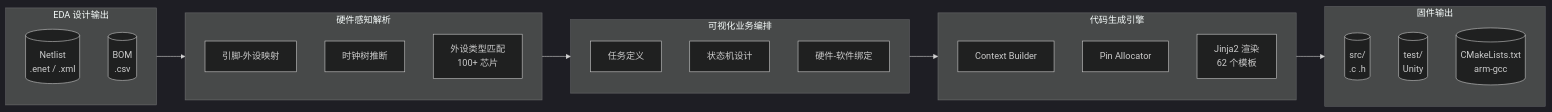
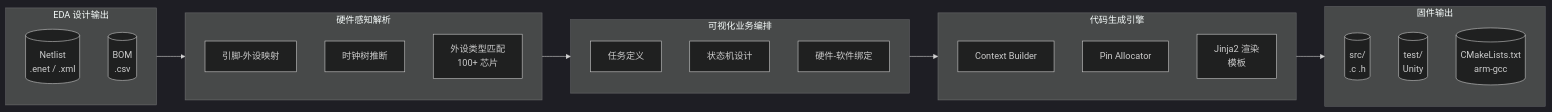
One commit to jinliangliu/Hardware2Code changed the first of 3 diagrams in README.md. Above: the diagram before and after it, drawn with Mermaid (dark theme). The commit also changed other lines of this file and 743 other files, not shown here.

````diff
--- a/README.md
+++ b/README.md
@@ -28,33 +28,33 @@
 ```mermaid
 flowchart LR
     subgraph Input["EDA 设计输出"]
         A1[("Netlist<br>.enet / .xml")]
         A2[("BOM<br>.csv")]
     end
 
     subgraph Parse["硬件感知解析"]
         B1["引脚-外设映射"]
         B2["时钟树推断"]
         B3["外设类型匹配<br>100+ 芯片"]
     end
 
     subgraph Config["可视化业务编排"]
         C1["任务定义"]
         C2["状态机设计"]
         C3["硬件-软件绑定"]
     end
 
     subgraph Engine["代码生成引擎"]
         D1["Context Builder"]
         D2["Pin Allocator"]
-        D3["Jinja2 渲染<br>62 个模板"]
+        D3["Jinja2 渲染<br>模板"]
     end
 
     subgraph Output["固件输出"]
         E1[("src/<br>.c .h")]
         E2[("test/<br>Unity")]
         E3[("CMakeLists.txt<br>arm-gcc")]
     end
 
     Input --> Parse --> Config --> Engine --> Output
 ```
````
